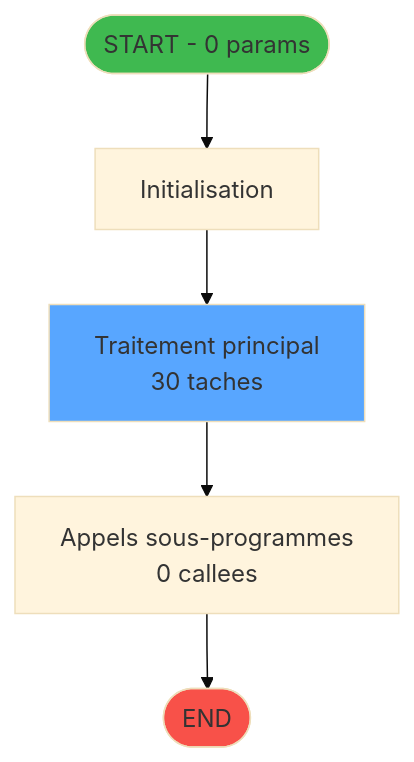
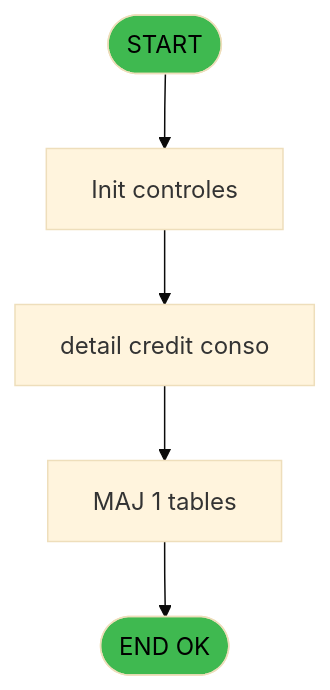
One commit to thonyAGP/magic-migration changed the second of 4 diagrams in .openspec/specs/ADH-IDE-79.md. Above: the diagram before and after it, drawn with Mermaid (base theme). The commit also changed other lines of this file and 253 other files, not shown here.

````diff
--- a/.openspec/specs/ADH-IDE-79.md
+++ b/.openspec/specs/ADH-IDE-79.md
@@ -87,14 +879,14 @@
 ```mermaid
 flowchart TD
-    START([START - 0 params])
-    INIT["Initialisation"]
-    PROCESS["Traitement principal<br/>30 taches"]
-    CALLS["Appels sous-programmes<br/>0 callees"]
-    ENDOK([END])
+    START([START])
+    INIT[Init controles]
+    SAISIE[detail credit conso]
+    UPDATE[MAJ 1 tables]
+    ENDOK([END OK])
 
-    START --> INIT --> PROCESS --> CALLS --> ENDOK
+    START --> INIT --> SAISIE
+    SAISIE --> UPDATE --> ENDOK
 
-    style START fill:#3fb950
-    style ENDOK fill:#f85149
-    style PROCESS fill:#58a6ff
+    style START fill:#3fb950,color:#000
+    style ENDOK fill:#3fb950,color:#000
 ```
````
